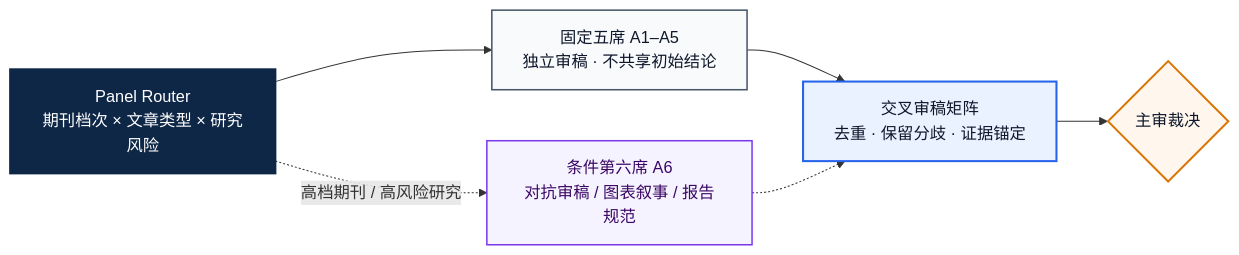
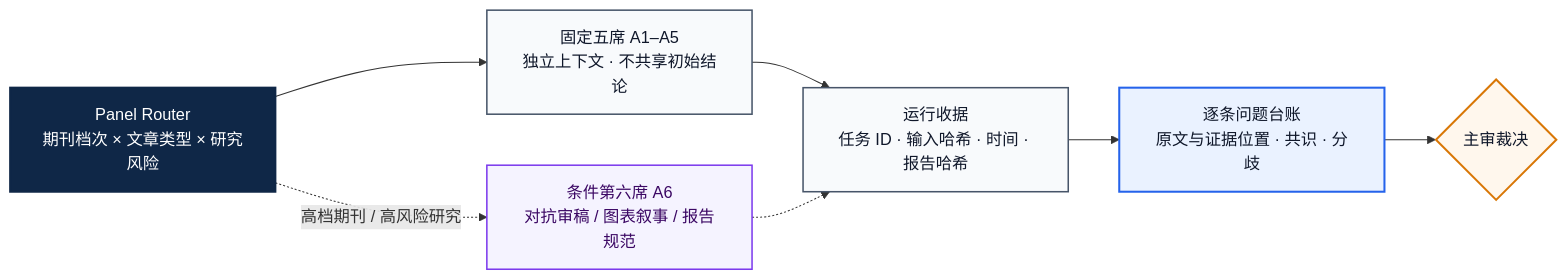
Before and after one commit to Jameslxr/manuscript-review-revision-skill: the second of 2 diagrams in docs/ARCHITECTURE.md, drawn with Mermaid. The commit also changed other lines of this file and 14 other files, not shown here.

````diff
--- a/docs/ARCHITECTURE.md
+++ b/docs/ARCHITECTURE.md
@@ -61,24 +61,25 @@
 ```mermaid
 flowchart LR
     ROUTER["Panel Router<br/>期刊档次 × 文章类型 × 研究风险"]
-    CORE["固定五席 A1–A5<br/>独立审稿 · 不共享初始结论"]
+    CORE["固定五席 A1–A5<br/>独立上下文 · 不共享初始结论"]
     A6["条件第六席 A6<br/>对抗审稿 / 图表叙事 / 报告规范"]
-    MATRIX["交叉审稿矩阵<br/>去重 · 保留分歧 · 证据锚定"]
+    RECEIPT["运行收据<br/>任务 ID · 输入哈希 · 时间 · 报告哈希"]
+    MATRIX["逐条问题台账<br/>原文与证据位置 · 共识 · 分歧"]
     VERDICT{"主审裁决"}
 
-    ROUTER --> CORE --> MATRIX --> VERDICT
+    ROUTER --> CORE --> RECEIPT --> MATRIX --> VERDICT
     ROUTER -. "高档期刊 / 高风险研究" .-> A6
-    A6 -.-> MATRIX
+    A6 -.-> RECEIPT
 
     classDef router fill:#0F2747,stroke:#0F2747,stroke-width:2px,color:#FFFFFF;
     classDef agent fill:#F8FAFC,stroke:#475569,stroke-width:1.5px,color:#0F172A;
     classDef conditional fill:#F5F3FF,stroke:#7C3AED,stroke-width:1.5px,color:#3B0764;
     classDef synthesis fill:#EAF2FF,stroke:#2563EB,stroke-width:2px,color:#0F172A;
     classDef gate fill:#FFF7ED,stroke:#D97706,stroke-width:2px,color:#0F172A;
 
     class ROUTER router;
-    class CORE agent;
+    class CORE,RECEIPT agent;
     class A6 conditional;
     class MATRIX synthesis;
     class VERDICT gate;
 ```
````
